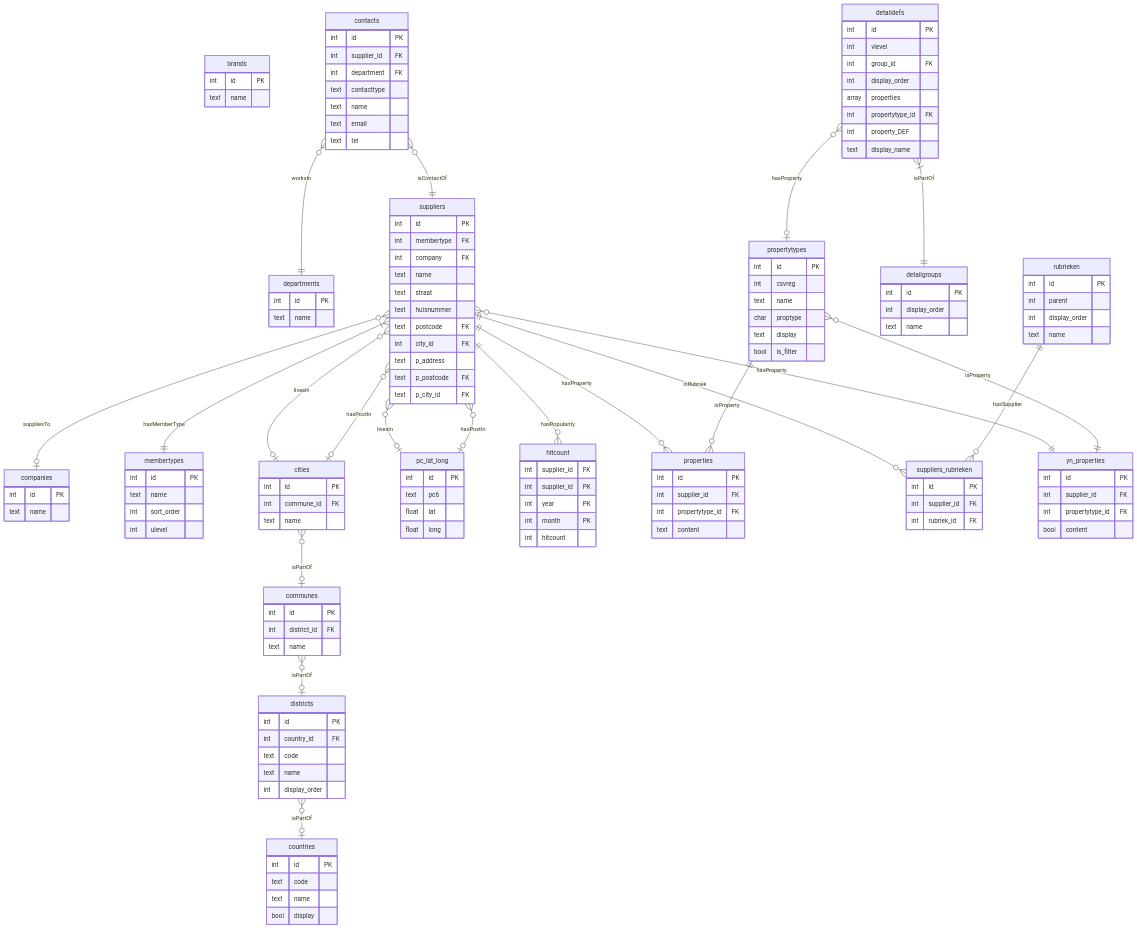
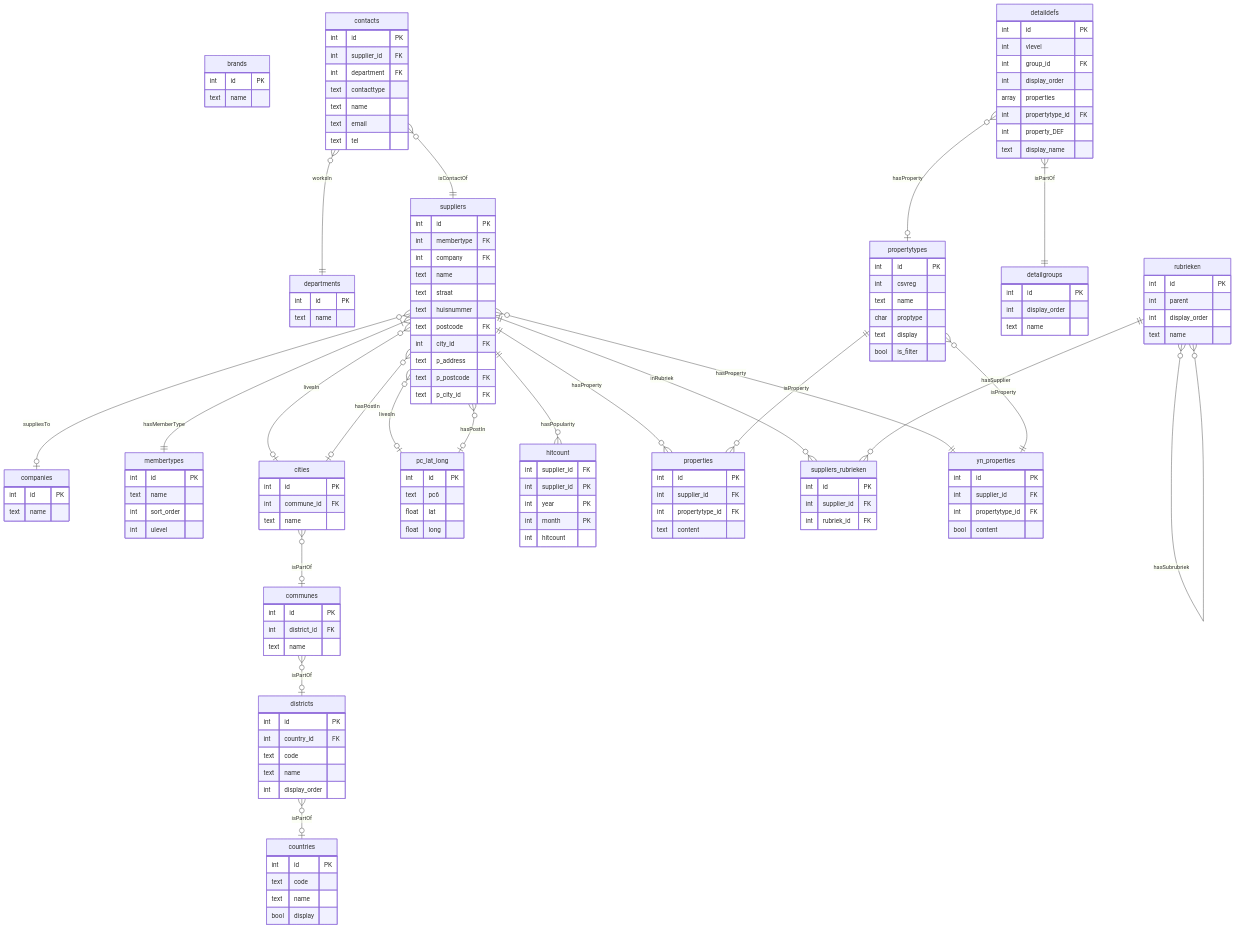
Before and after one commit to uknowwho/educom-data-science-1714723739: the diagram in relational-data-storage/opdracht-2/mhl.md, drawn with Mermaid.

Commit message:
02: opdr 2, issue 3; zelfreferentie voor subrubrieken

````diff
--- a/relational-data-storage/opdracht-2/mhl.md
+++ b/relational-data-storage/opdracht-2/mhl.md
@@ -137,6 +137,7 @@
     text name
 }
 
+rubrieken }o--o{ rubrieken: hasSubrubriek
 rubrieken {
     int id PK
     int parent
@@ -160,5 +161,4 @@
     int propertytype_id FK
     bool content
 }
-
 ```
````
